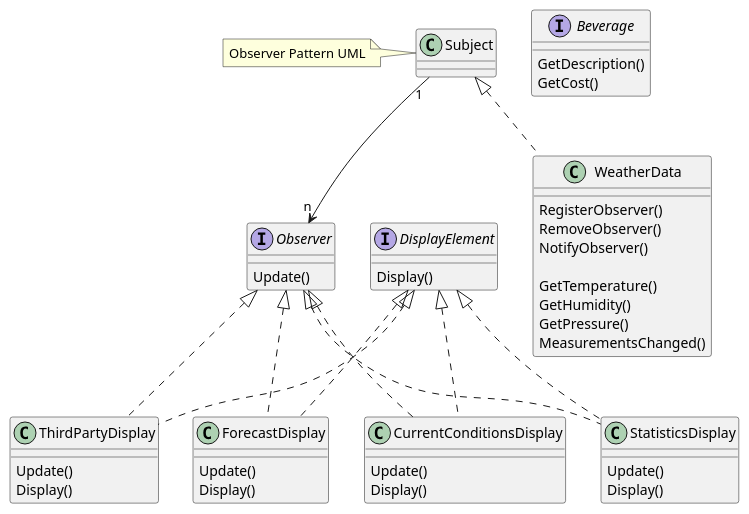
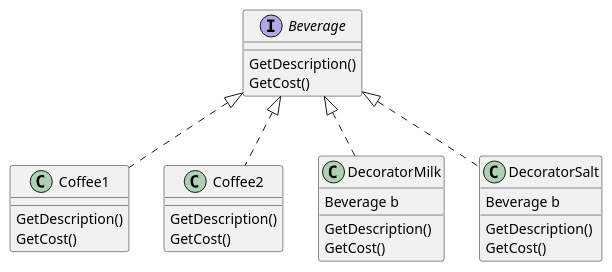
One commit to changmu/NoteBook changed the diagram in DesignPattern/03_decorator/src/design.puml. Above: the diagram before and after it, drawn with PlantUML. The commit also changed 3 other files, not shown here.

Commit message:
add decorator pattern

```diff
--- a/DesignPattern/03_decorator/src/design.puml
+++ b/DesignPattern/03_decorator/src/design.puml
@@ -1,61 +1,33 @@
 @startuml
 interface Beverage {
     GetDescription()
     GetCost()
 }
 
+class Coffee1 {
+    GetDescription()
+    GetCost()
+}
+Beverage <|.. Coffee1
 
+class Coffee2 {
+    GetDescription()
+    GetCost()
+}
+Beverage <|.. Coffee2
 
+class DecoratorMilk {
+    Beverage b
+    GetDescription()
+    GetCost()
+}
+Beverage <|.. DecoratorMilk
 
+class DecoratorSalt {
+    Beverage b
+    GetDescription()
+    GetCost()
+}
+Beverage <|.. DecoratorSalt
 
-interface Observer {
-    Update()
-}
-Subject "1" --> "n" Observer
-
-note left of Subject: Observer Pattern UML
-
-class WeatherData {
-    RegisterObserver()
-    RemoveObserver()
-    NotifyObserver()
-
-    GetTemperature()
-    GetHumidity()
-    GetPressure()
-    MeasurementsChanged()
-}
-Subject <|.. WeatherData
-
-interface DisplayElement {
-    Display()
-}
-
-class CurrentConditionsDisplay {
-    Update()
-    Display()
-}
-DisplayElement <|.. CurrentConditionsDisplay
-Observer <|.. CurrentConditionsDisplay
-
-class StatisticsDisplay {
-    Update()
-    Display()
-}
-DisplayElement <|.. StatisticsDisplay
-Observer <|.. StatisticsDisplay
-
-class ThirdPartyDisplay {
-    Update()
-    Display()
-}
-DisplayElement <|.. ThirdPartyDisplay
-Observer <|.. ThirdPartyDisplay
-
-class ForecastDisplay {
-    Update()
-    Display()
-}
-DisplayElement <|.. ForecastDisplay
-Observer <|.. ForecastDisplay
 @enduml
```
